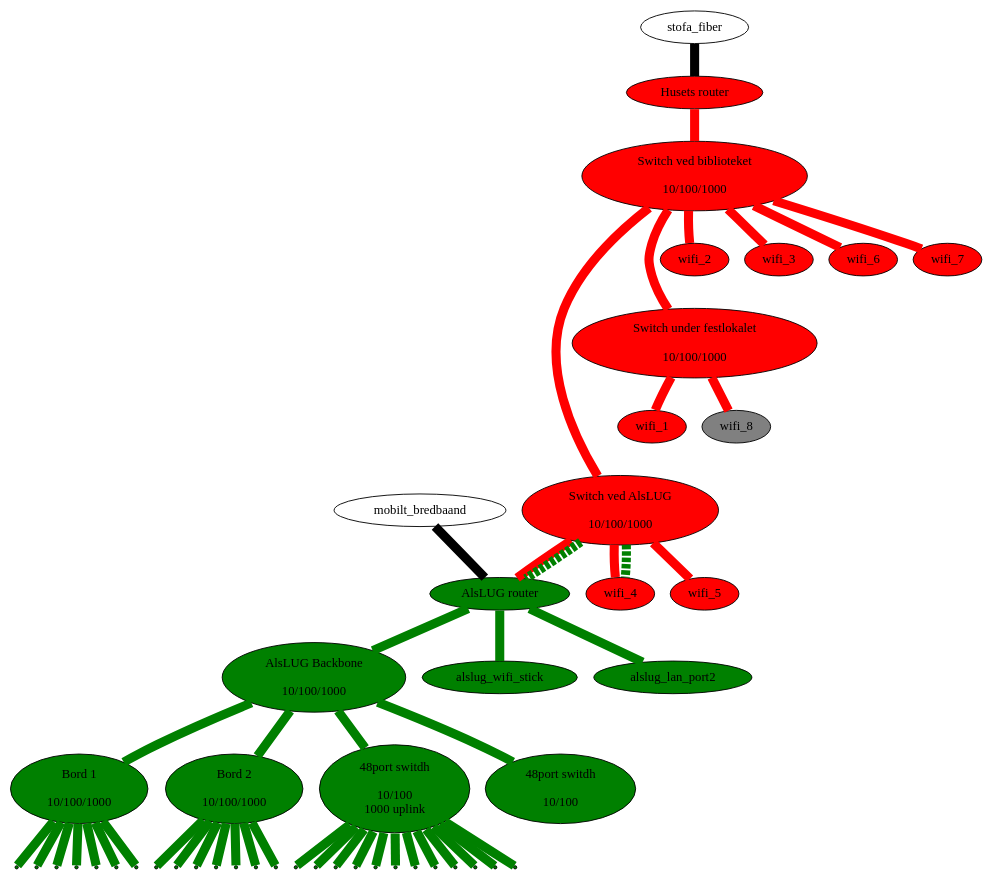
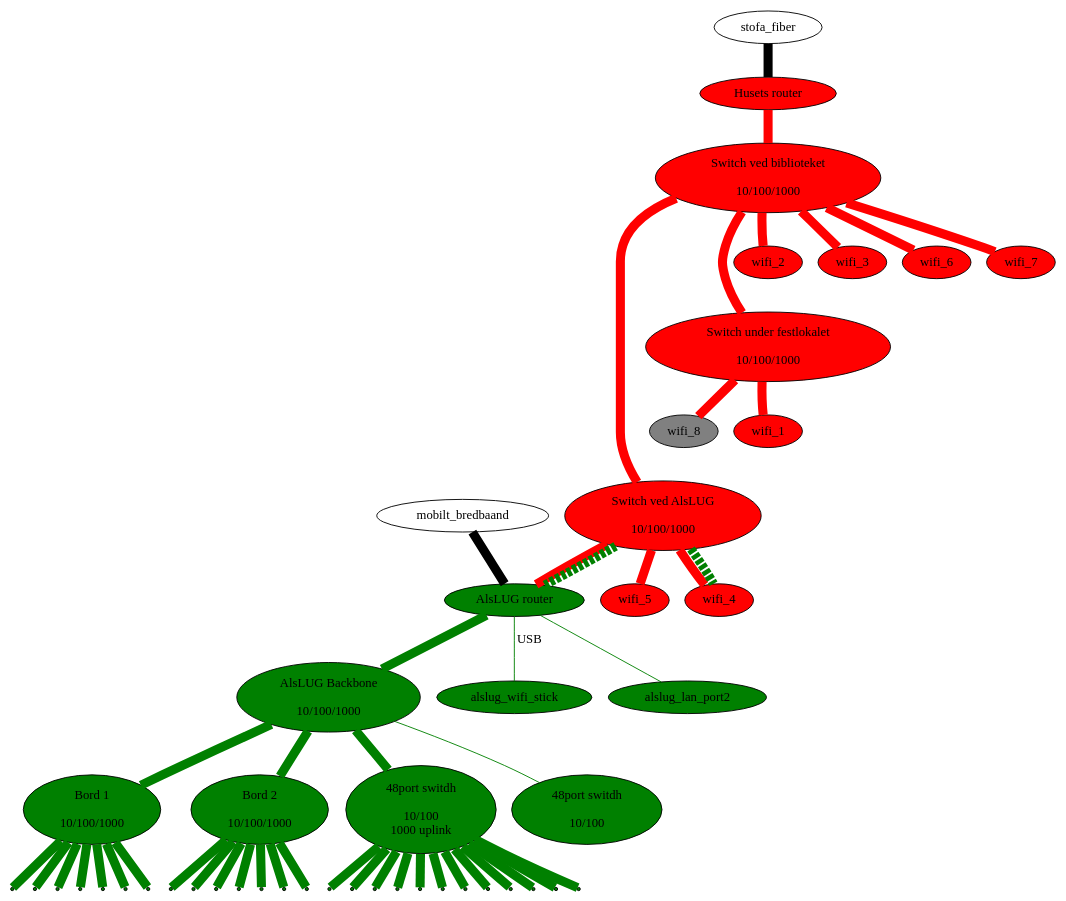
The diagram in projekter/network.dot (alslug/alslug.dk), drawn with Graphviz before and after one commit.

```diff
--- a/projekter/network.dot
+++ b/projekter/network.dot
@@ -1,61 +1,64 @@
 digraph xxx {
 #  link_12a [ shape=point ];
 #  link_12b [ shape=point ];
 #  link_12c [ shape=point ];
   edge [ dir=none penwidth=10 ];
 
   node [ style=filled fillcolor=red ];
   husets_router [ label="Husets router" ];
   husets_switch_1 [ label="Switch ved biblioteket\n\n 10/100/1000" ];
   husets_switch_2 [ label="Switch ved AlsLUG\n\n 10/100/1000" ];
   festlokale_switch [ label="Switch under festlokalet\n\n 10/100/1000" ];
   wifi_1 wifi_2 wifi_3 wifi_4 wifi_5 wifi_6 wifi_7;
   wifi_8 [ fillcolor=gray ];
   
   node [ style=filled fillcolor=green ];
   alslug_router [ label="AlsLUG router" ];
   alslug_backbone_switch [ label="AlsLUG Backbone\n\n10/100/1000"];
   bord_1 [ label="Bord 1\n\n10/100/1000"];
   bord_2 [ label="Bord 2\n\n10/100/1000"];
   switch_48p [ label="48port switdh\n\n10/100\n1000 uplink"];
   switch_48p_poe [ label="48port switdh\n\n10/100"];
   alslug_wifi_stick alslug_lan_port2;
   
   node [ style=normal ];
   // Internet forbindelser
   stofa_fiber      -> husets_router [ fillcolor=black style=filled ];
   mobilt_bredbaand -> alslug_router [ fillcolor=black style=filled ];
   
   // Husets forbindelser
   edge  [ color=red style=solid ];
   husets_router -> husets_switch_1 -> { wifi_2 wifi_3 wifi_6 wifi_7 };
   husets_switch_1 -> husets_switch_2 -> { wifi_4 wifi_5 alslug_router};
   husets_switch_1 -> festlokale_switch -> { wifi_1 wifi_8 };
 
   // VLAN forbindelser over bakkensbros netværk
   edge  [ color=green style=dashed ];
   husets_switch_2 -> { alslug_router wifi_4 };
   
   // Interne forbindelser
   edge [ color=green style=solid ];
-  alslug_router -> { alslug_wifi_stick alslug_backbone_switch alslug_lan_port2 };
-  alslug_backbone_switch -> { bord_1 bord_2 switch_48p switch_48p_poe }
+  alslug_router -> { alslug_backbone_switch };
+  alslug_router -> alslug_wifi_stick [ penwidth=1 label="USB" ];
+  alslug_router -> alslug_lan_port2 [ penwidth=1 ];
+  alslug_backbone_switch -> { bord_1 bord_2 switch_48p }
+  alslug_backbone_switch -> switch_48p_poe [ penwidth=1 ];
   
   node [ shape=point ];
   bord_1 -> {
                   bord_1_1 bord_1_2 bord_1_3 bord_1_4
                   bord_1_5 bord_1_6 bord_1_7
                 }
   bord_2 -> {
                   bord_2_1 bord_2_2 bord_2_3 bord_2_4
                   bord_2_5 bord_2_6 bord_2_7
                 }
   switch_48p -> {
                   switch_48p_1 switch_48p_2 switch_48p_3 switch_48p_4
                   switch_48p_5 switch_48p_6 switch_48p_7 switch_48p_8
                   switch_48p_9 switch_48p_10 switch_48p_11 switch_48p_12
                 }
   
   edge [ color=invis ];
   husets_switch_1 -> wifi_2 -> festlokale_switch -> wifi_1 -> husets_switch_2;
 }
```
